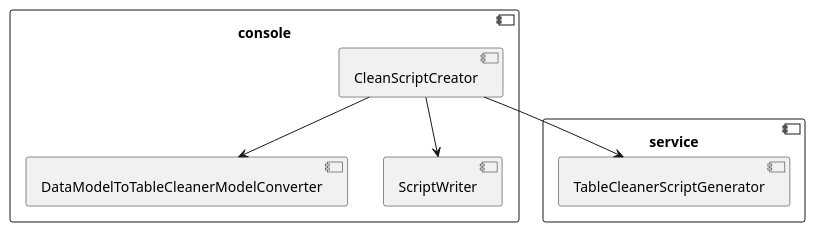
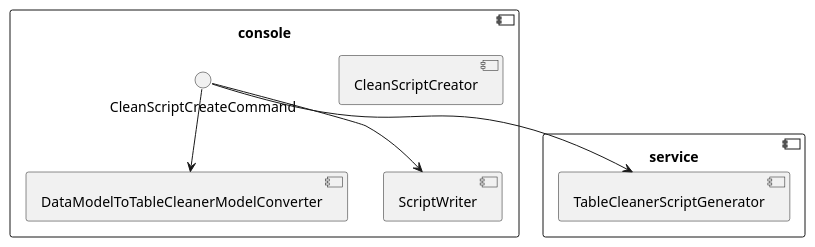
Before and after one commit to greifentor/table-cleaner: the diagram in documentation/components.plantuml, drawn with PlantUML. The commit also changed 22 other files, not shown here.

```diff
--- a/documentation/components.plantuml
+++ b/documentation/components.plantuml
@@ -1,23 +1,23 @@
 @startuml
 
 component service {
 
 	component TableCleanerScriptGenerator
 
 }
 
 component console {
 
 	component CleanScriptCreator
 
 	component DataModelToTableCleanerModelConverter
 	
 	component ScriptWriter
 	
-	CleanScriptCreator -DOWN-> DataModelToTableCleanerModelConverter
-	CleanScriptCreator -DOWN-> ScriptWriter
-	CleanScriptCreator -DOWN-> TableCleanerScriptGenerator
+	CleanScriptCreateCommand -DOWN-> DataModelToTableCleanerModelConverter
+	CleanScriptCreateCommand -DOWN-> ScriptWriter
+	CleanScriptCreateCommand -DOWN-> TableCleanerScriptGenerator
 
 }
 
 @enduml
```
